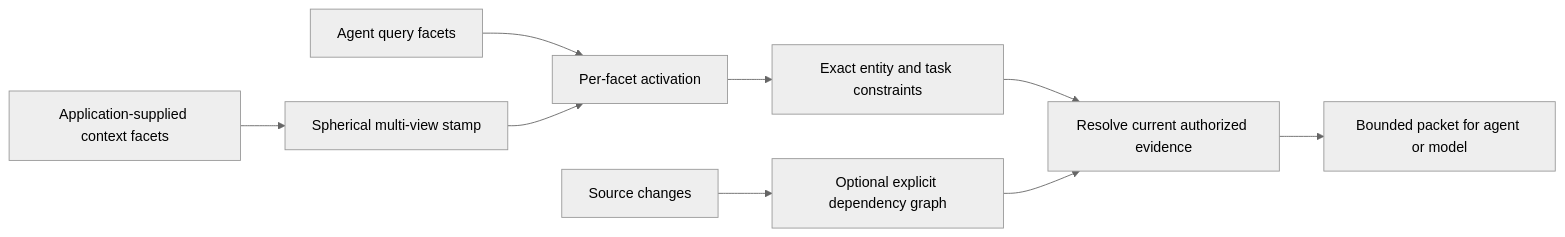
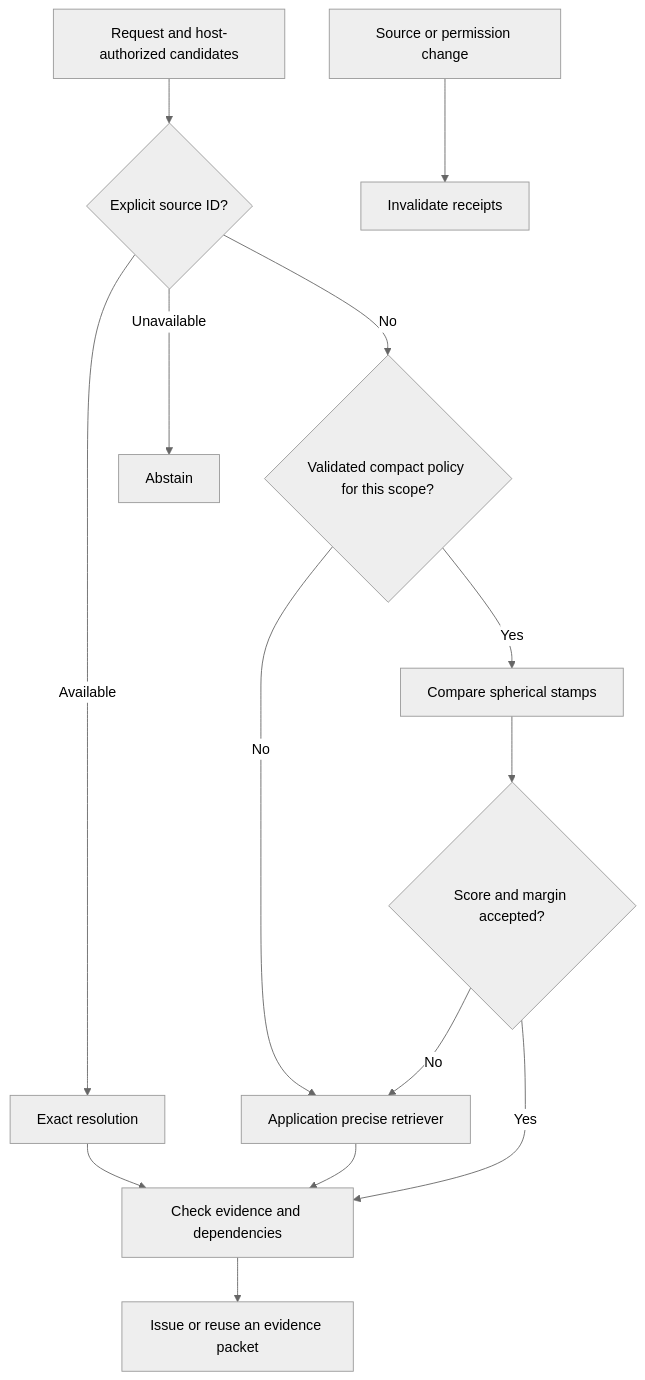
The diagram in README.md (jprbom/context-stamps), drawn with Mermaid (neutral theme) before and after one commit. The commit also changed other lines of this file and 46 other files, not shown here.

Commit message:
Add partial facet queries and selective context invalidation

````diff
--- a/README.md
+++ b/README.md
@@ -19,11 +33,16 @@
 ```mermaid
-flowchart LR
-    A[Application-supplied context facets] --> B[Spherical multi-view stamp]
-    Q[Agent query facets] --> C[Per-facet activation]
-    B --> C
-    C --> D[Exact entity and task constraints]
-    D --> E[Resolve current authorized evidence]
-    G[Optional explicit dependency graph] --> E
-    E --> F[Bounded packet for agent or model]
-    U[Source changes] --> G
+flowchart TD
+    Q[Request and host-authorized candidates] --> E{Explicit source ID?}
+    E -->|Available| X[Exact resolution]
+    E -->|Unavailable| A[Abstain]
+    E -->|No| P{Validated compact policy for this scope?}
+    P -->|No| D[Application precise retriever]
+    P -->|Yes| S[Compare spherical stamps]
+    S --> C{Score and margin accepted?}
+    C -->|No| D
+    C -->|Yes| V[Check evidence and dependencies]
+    D --> V
+    X --> V
+    V --> H[Issue or reuse an evidence packet]
+    U[Source or permission change] --> I[Invalidate receipts]
 ```
````
